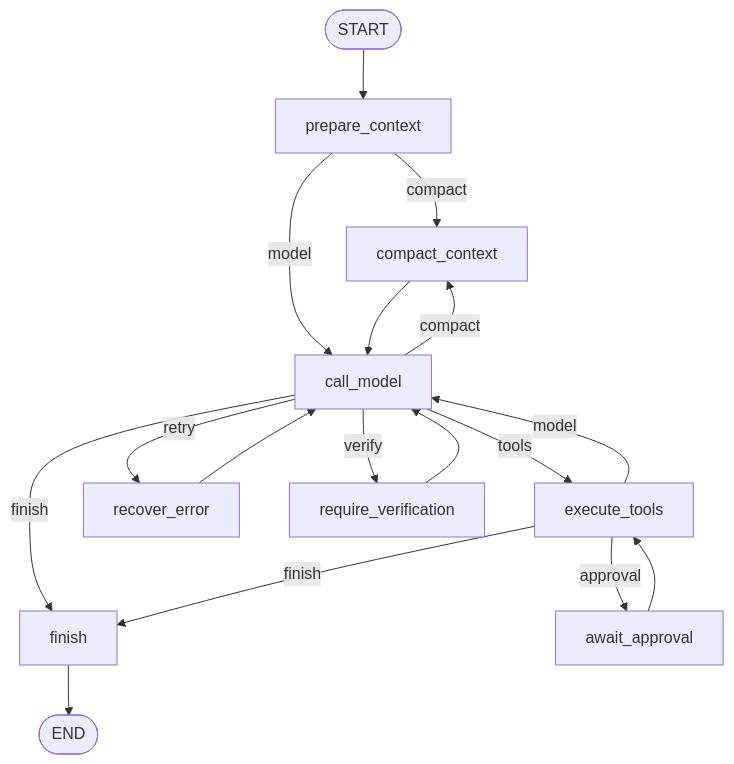
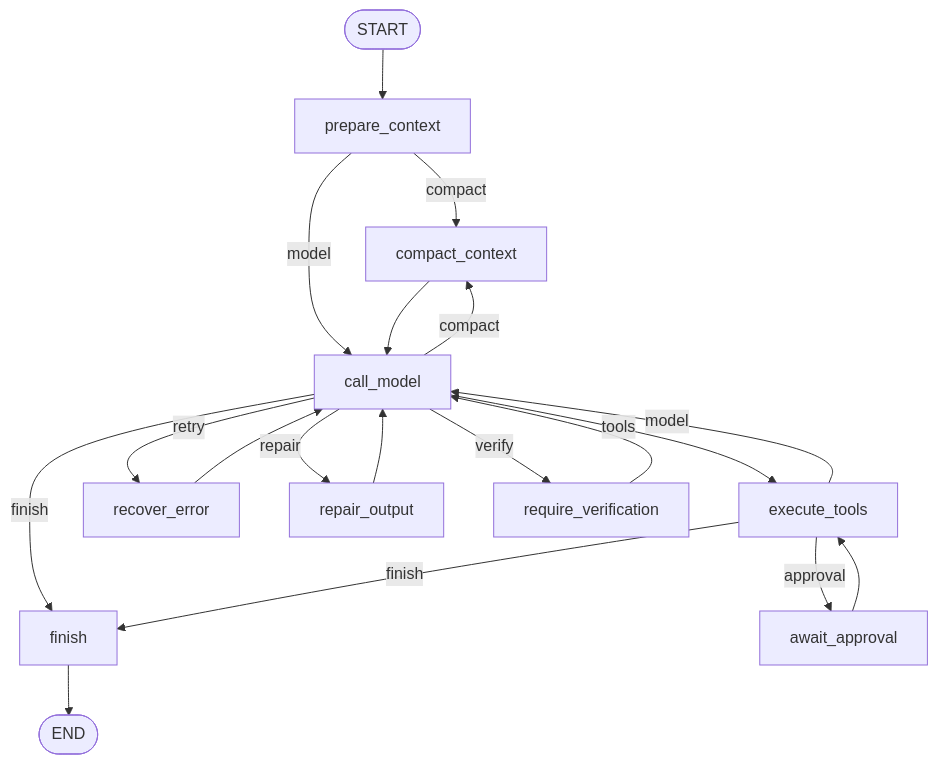
One commit to ailashi-126066/miniclaudecode changed the diagram in docs/tutorial/04-agent-graph.md. Above: the diagram before and after it, drawn with Mermaid. The commit also changed other lines of this file and 113 other files, not shown here.

Commit message:
feat: modular agent architecture upgrade

````diff
--- a/docs/tutorial/04-agent-graph.md
+++ b/docs/tutorial/04-agent-graph.md
@@ -86,19 +88,21 @@
 ```mermaid
 flowchart TD
     START([START]) --> PC[prepare_context]
     PC -- "compact" --> CC[compact_context]
     PC -- "model" --> CM[call_model]
     CC --> CM
     CM -- "tools" --> ET[execute_tools]
     CM -- "compact" --> CC
     CM -- "retry" --> RE[recover_error]
+    CM -- "repair" --> RO[repair_output]
     CM -- "verify" --> RV[require_verification]
     CM -- "finish" --> FI[finish]
     RE --> CM
+    RO --> CM
     RV --> CM
     ET -- "model" --> CM
     ET -- "approval" --> AA[await_approval]
     ET -- "finish" --> FI
     AA --> ET
     FI --> END([END])
 ```
````
